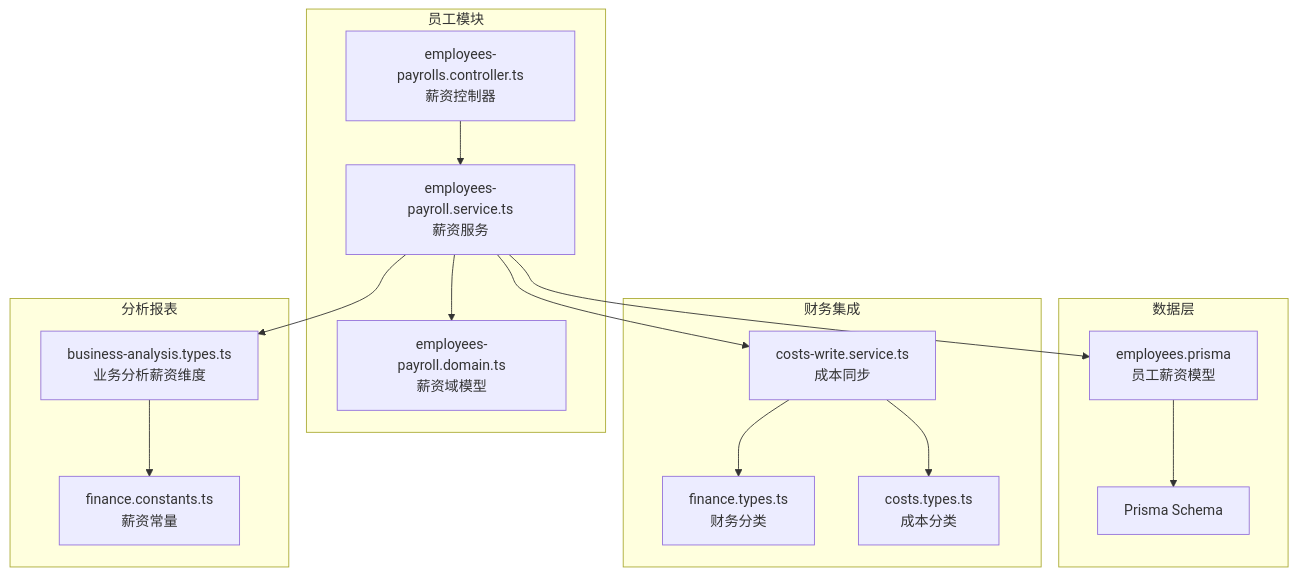
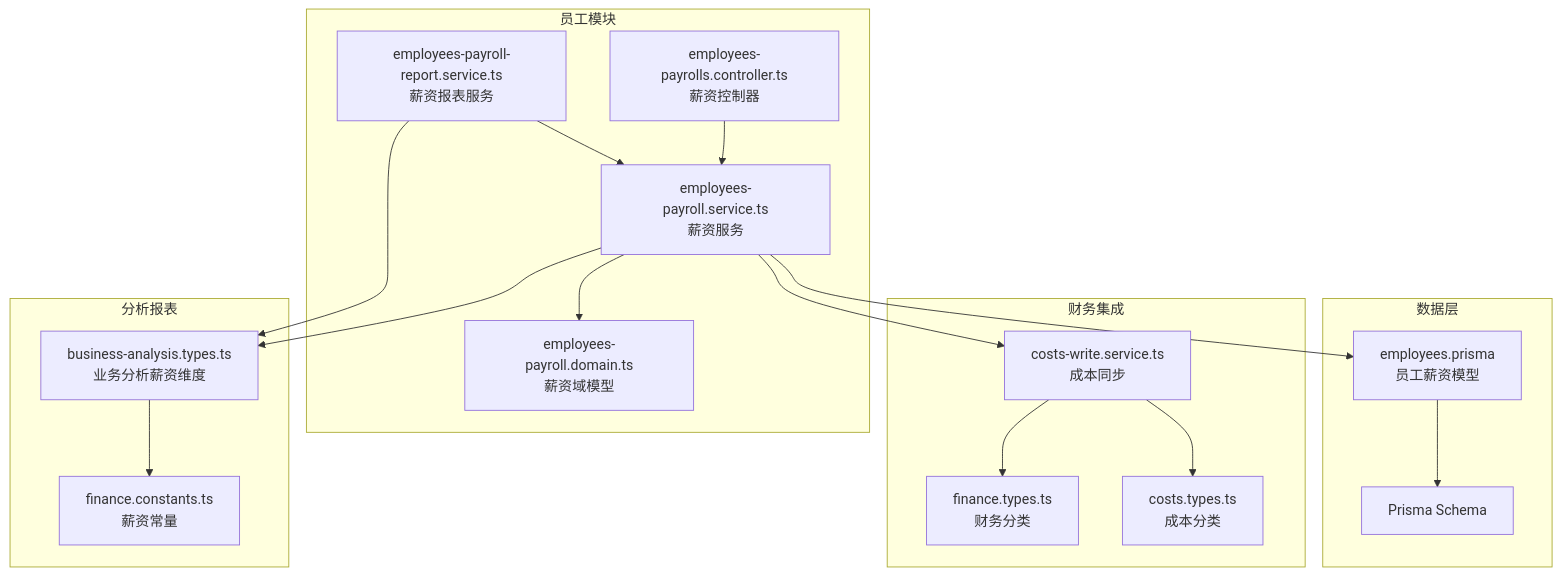
One commit to rc558620/purelyprofit-server changed the first of 8 diagrams in .qoder/repowiki/zh/content/业务模块/员工管理模块/员工薪资管理.md. Above: the diagram before and after it, drawn with Mermaid. The commit also changed other lines of this file and 10 other files, not shown here.

````diff
--- a/.qoder/repowiki/zh/content/业务模块/员工管理模块/员工薪资管理.md
+++ b/.qoder/repowiki/zh/content/业务模块/员工管理模块/员工薪资管理.md
@@ -42,30 +52,33 @@
 ```mermaid
 graph TB
 subgraph "员工模块"
 D["employees-payroll.domain.ts<br/>薪资域模型"]
 S["employees-payroll.service.ts<br/>薪资服务"]
+R["employees-payroll-report.service.ts<br/>薪资报表服务"]
 C["employees-payrolls.controller.ts<br/>薪资控制器"]
 end
 subgraph "数据层"
 M["employees.prisma<br/>员工薪资模型"]
 DB["Prisma Schema"]
 end
 subgraph "财务集成"
 CS["costs-write.service.ts<br/>成本同步"]
 FT["finance.types.ts<br/>财务分类"]
 CT["costs.types.ts<br/>成本分类"]
 end
 subgraph "分析报表"
 BA["business-analysis.types.ts<br/>业务分析薪资维度"]
 FC["finance.constants.ts<br/>薪资常量"]
 end
 C --> S
 S --> D
 S --> M
 M --> DB
 S --> CS
 CS --> FT
 CS --> CT
 S --> BA
 BA --> FC
+R --> S
+R --> BA
 ```
````
